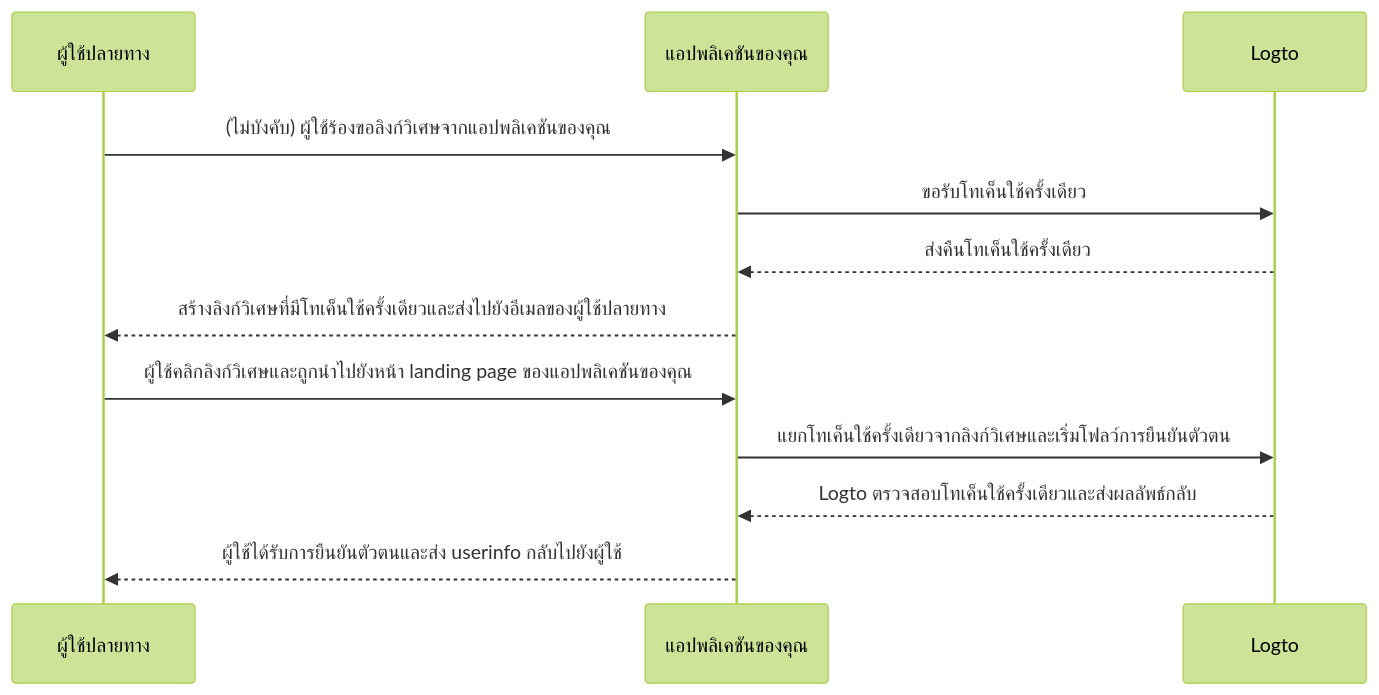
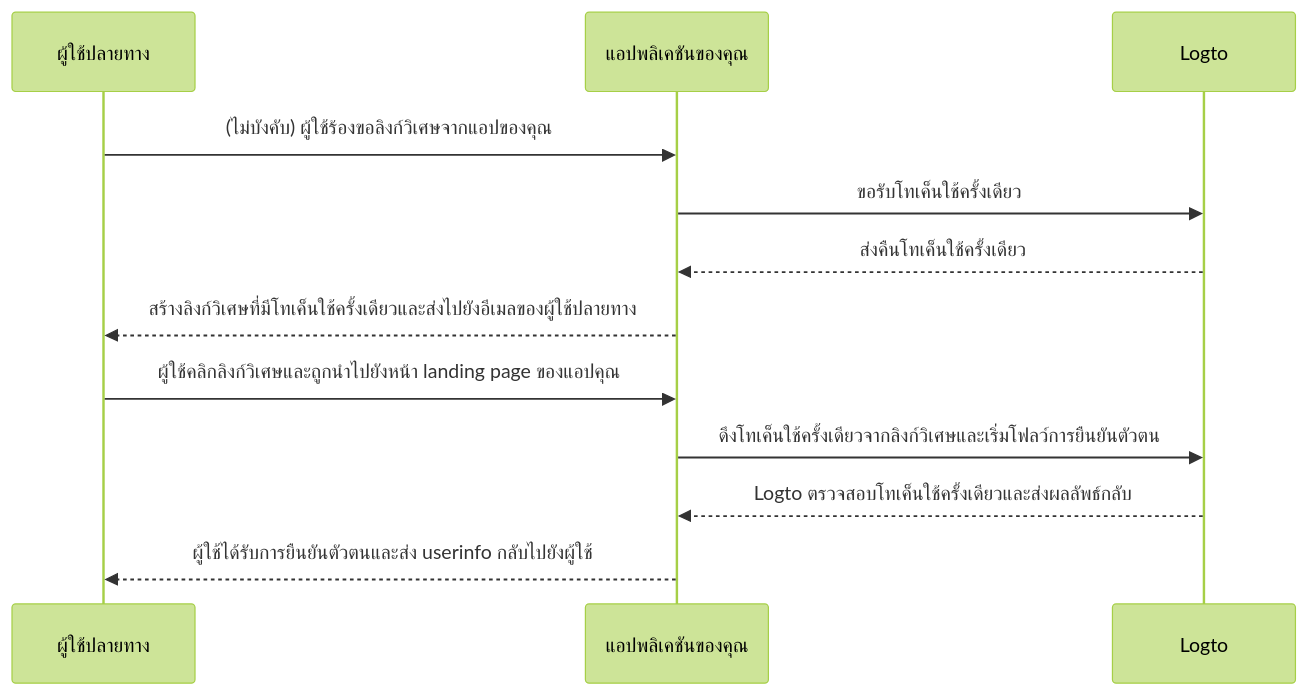
One commit to logto-io/docs changed the diagram in i18n/th/docusaurus-plugin-content-docs/current/end-user-flows/one-time-token.mdx. Above: the diagram before and after it, drawn with Mermaid (forest theme). The commit also changed other lines of this file and 26 other files, not shown here.

````diff
--- a/i18n/th/docusaurus-plugin-content-docs/current/end-user-flows/one-time-token.mdx
+++ b/i18n/th/docusaurus-plugin-content-docs/current/end-user-flows/one-time-token.mdx
@@ -38,15 +38,15 @@
 ```mermaid
 sequenceDiagram
   participant U as ผู้ใช้ปลายทาง
   participant C as แอปพลิเคชันของคุณ
   participant L as Logto
 
-  U ->> C: (ไม่บังคับ) ผู้ใช้ร้องขอลิงก์วิเศษจากแอปพลิเคชันของคุณ
+  U ->> C: (ไม่บังคับ) ผู้ใช้ร้องขอลิงก์วิเศษจากแอปของคุณ
   C ->> L: ขอรับโทเค็นใช้ครั้งเดียว
   L -->> C: ส่งคืนโทเค็นใช้ครั้งเดียว
   C -->> U: สร้างลิงก์วิเศษที่มีโทเค็นใช้ครั้งเดียวและส่งไปยังอีเมลของผู้ใช้ปลายทาง
-  U ->> C: ผู้ใช้คลิกลิงก์วิเศษและถูกนำไปยังหน้า landing page ของแอปพลิเคชันของคุณ
-  C ->> L: แยกโทเค็นใช้ครั้งเดียวจากลิงก์วิเศษและเริ่มโฟลว์การยืนยันตัวตน
+  U ->> C: ผู้ใช้คลิกลิงก์วิเศษและถูกนำไปยังหน้า landing page ของแอปคุณ
+  C ->> L: ดึงโทเค็นใช้ครั้งเดียวจากลิงก์วิเศษและเริ่มโฟลว์การยืนยันตัวตน
   L -->> C: Logto ตรวจสอบโทเค็นใช้ครั้งเดียวและส่งผลลัพธ์กลับ
   C -->> U: ผู้ใช้ได้รับการยืนยันตัวตนและส่ง userinfo กลับไปยังผู้ใช้
 ```
````
